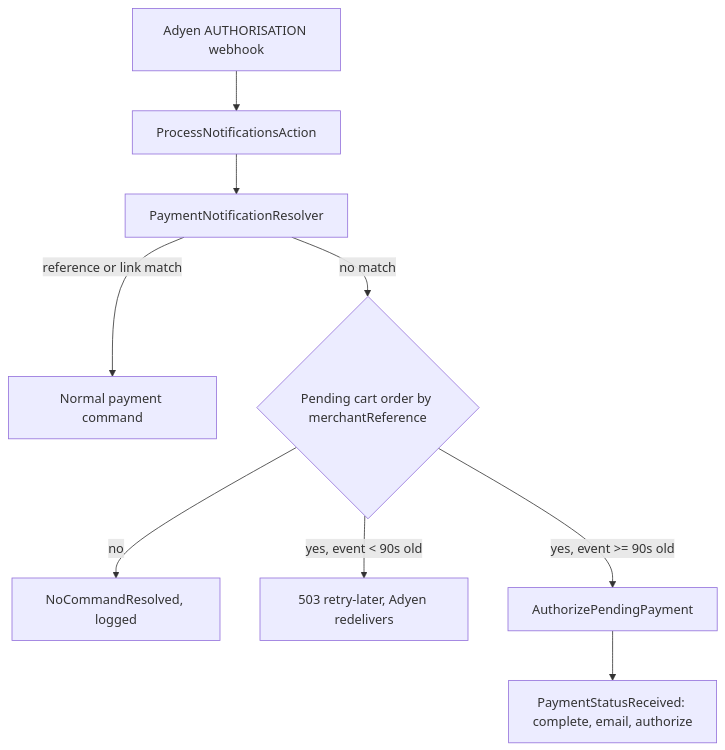
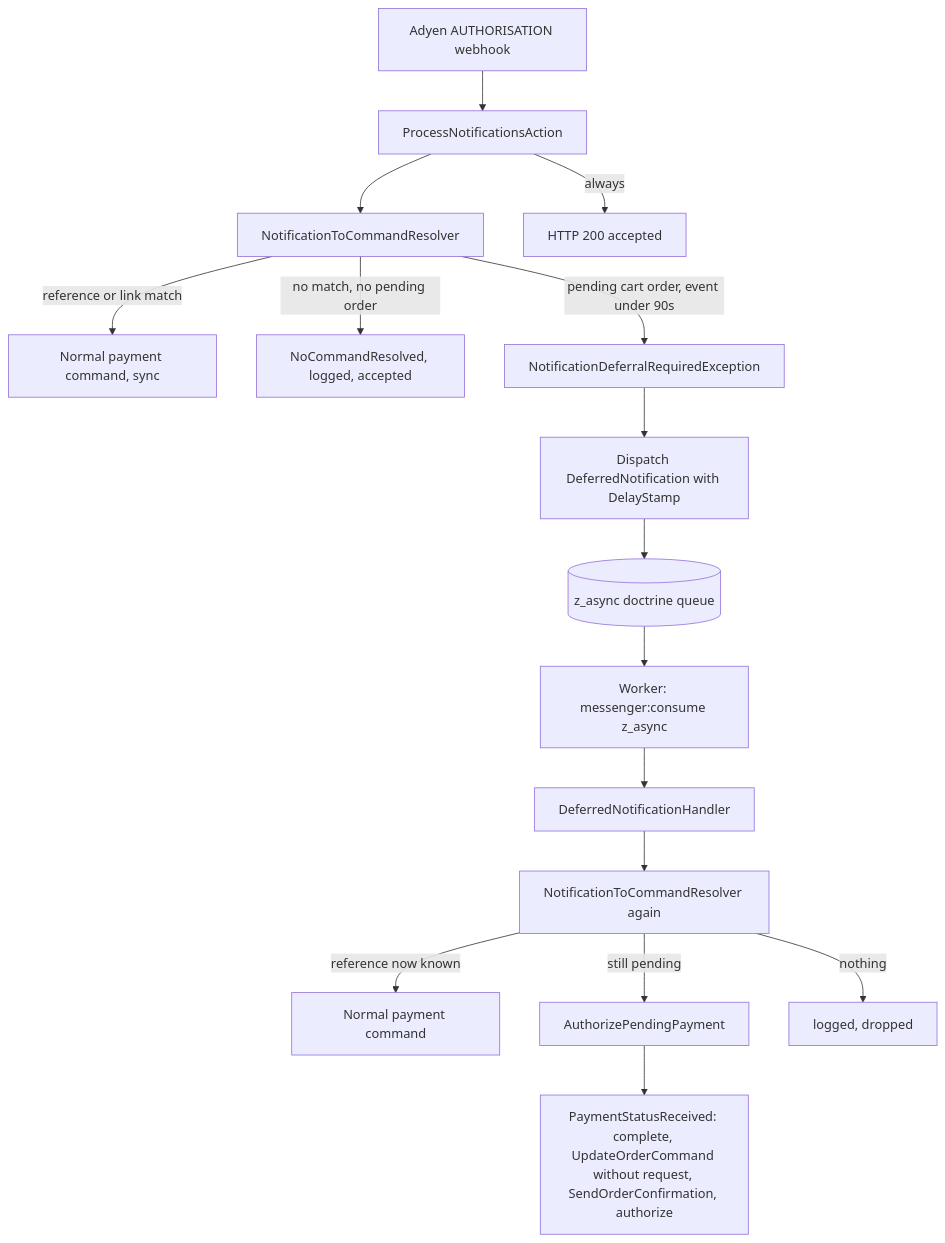
Before and after one commit to zangra-dev/AdyenPlugin: the diagram in .junie/plans/retro-plan-bancontact-pay-fallback-md.md, drawn with Mermaid. The commit also changed other lines of this file and 13 other files, not shown here.

Commit message:
ZN-1838 Introduce deferred notification handling with grace period and queuing mechanism.

````diff
--- a/.junie/plans/retro-plan-bancontact-pay-fallback-md.md
+++ b/.junie/plans/retro-plan-bancontact-pay-fallback-md.md
@@ -65,11 +67,18 @@
 ```mermaid
 graph TD
   A[Adyen AUTHORISATION webhook] --> B[ProcessNotificationsAction]
-  B --> C[PaymentNotificationResolver]
-  C -->|reference or link match| D[Normal payment command]
-  C -->|no match| E{Pending cart order by merchantReference}
-  E -->|no| F[NoCommandResolved, logged]
-  E -->|yes, event < 90s old| G[503 retry-later, Adyen redelivers]
-  E -->|yes, event >= 90s old| H[AuthorizePendingPayment]
-  H --> I[PaymentStatusReceived: complete, email, authorize]
+  B --> C[NotificationToCommandResolver]
+  C -->|reference or link match| D[Normal payment command, sync]
+  C -->|no match, no pending order| E[NoCommandResolved, logged, accepted]
+  C -->|pending cart order, event under 90s| F[NotificationDeferralRequiredException]
+  F --> G[Dispatch DeferredNotification with DelayStamp]
+  G --> H[(z_async doctrine queue)]
+  B -->|always| R[HTTP 200 accepted]
+  H --> W[Worker: messenger:consume z_async]
+  W --> X[DeferredNotificationHandler]
+  X --> C2[NotificationToCommandResolver again]
+  C2 -->|reference now known| D2[Normal payment command]
+  C2 -->|still pending| P[AuthorizePendingPayment]
+  P --> S[PaymentStatusReceived: complete, UpdateOrderCommand without request, SendOrderConfirmation, authorize]
+  C2 -->|nothing| L[logged, dropped]
 ```
````
